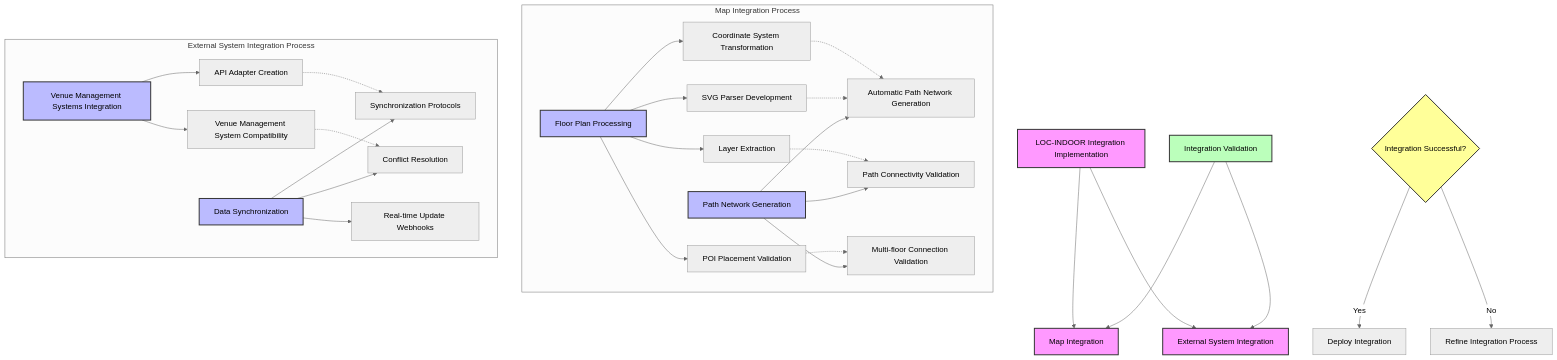
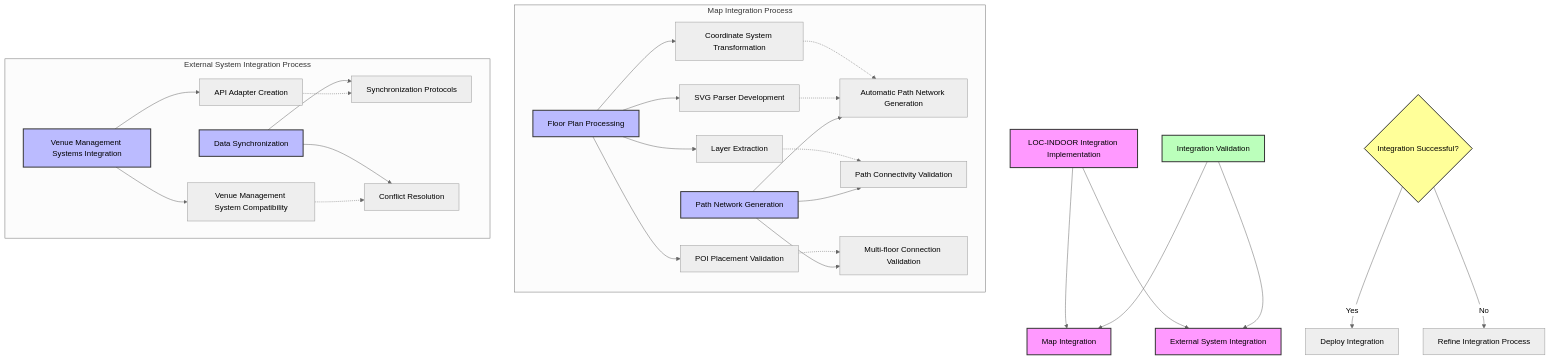
The seventh of 7 diagrams in TechnicalSpecification/technicalSpecification.md (Bistrel2002/MOONSHOT-PROJECT), drawn with Mermaid (neutral theme) before and after one commit. The commit also changed other lines of this file and 1 other file, not shown here.

`````diff
--- a/TechnicalSpecification/technicalSpecification.md
+++ b/TechnicalSpecification/technicalSpecification.md
@@ -844,66 +818,65 @@
 ```mermaid
 flowchart TD
 %% Main Integration Process
 A[LOC-INDOOR Integration Implementation] --> B[Map Integration]
 A --> C[External System Integration]
 
     %% Map Integration Subprocess
     subgraph "Map Integration Process"
         B1[Floor Plan Processing]
         B2[Path Network Generation]
         
         B1 --> B1A[SVG Parser Development]
         B1 --> B1B[Coordinate System Transformation]
         B1 --> B1C[Layer Extraction]
         B1 --> B1D[POI Placement Validation]
         
         B2 --> B2A[Automatic Path Network Generation]
         B2 --> B2B[Path Connectivity Validation]
         B2 --> B2C[Multi-floor Connection Validation]
     end
 
     %% External System Integration Subprocess
     subgraph "External System Integration Process"
         C1[Venue Management Systems Integration]
         C2[Data Synchronization]
         
         C1 --> C1A[API Adapter Creation]
         C1 --> C1B[Venue Management System Compatibility]
         
         C2 --> C2A[Synchronization Protocols]
         C2 --> C2B[Conflict Resolution]
-        C2 --> C2C[Real-time Update Webhooks]
     end
 
     %% Validation and Quality Checks
     D[Integration Validation] --> B
     D --> C
 
     %% Decision Points and Outcomes
     E{Integration Successful?} -->|Yes| F[Deploy Integration]
     E -->|No| G[Refine Integration Process]
 
     %% Relationships and Flow
     B1A -.-> B2A
     B1B -.-> B2A
     B1C -.-> B2B
     B1D -.-> B2C
     
     C1A -.-> C2A
     C1B -.-> C2B
 
     %% Styling
     style C1 color:#000;
     style C2 color:#000;
     style B1 color:#000;
     style B2 color:#000;
     classDef process fill:#f9f,stroke:#333,stroke-width:2px, color:#000;
     classDef subprocess fill:#bbf,stroke:#333,stroke-width:2px, color:#000;
     classDef validation fill:#bfb,stroke:#333,stroke-width:2px,color:#000;
     classDef decision fill:#ff9,stroke:#333,stroke-width:2px,color:#000;
 
     class A,B,C process;
     class B1,B2,C1,C2 subprocess;
     class D validation;
     class E decision;
-````
+```
`````
